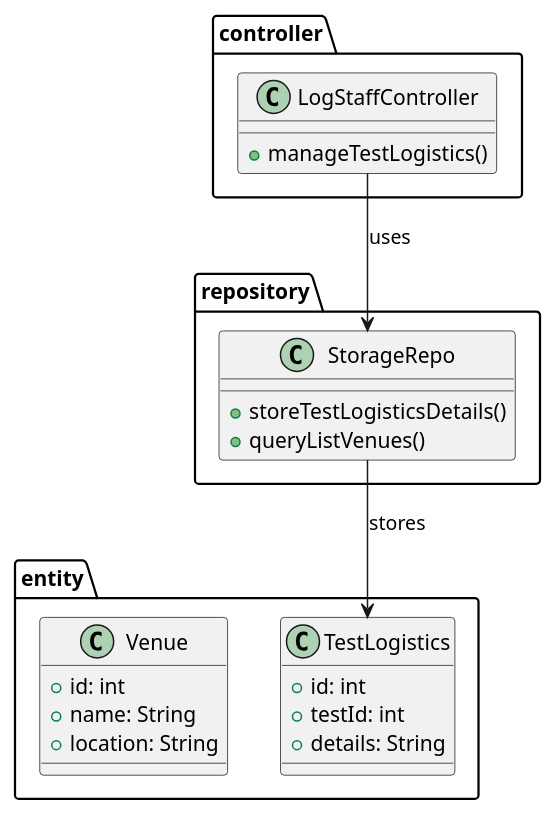
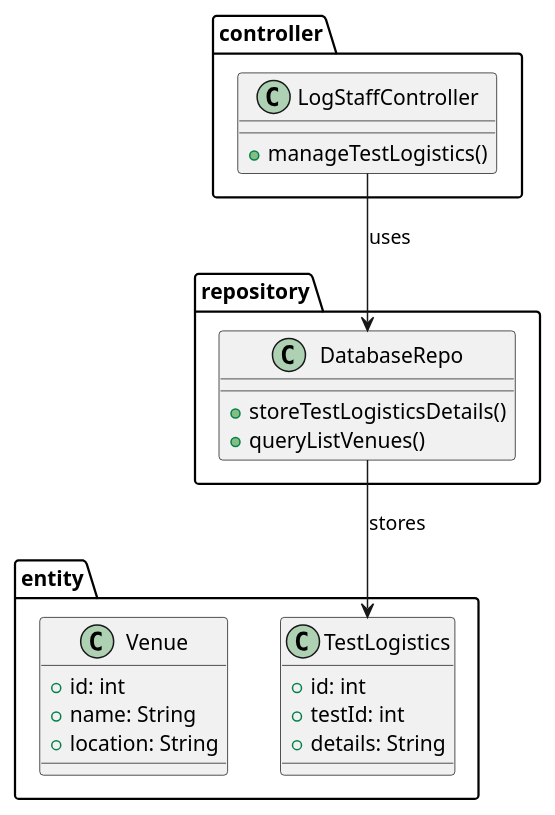
Before and after one commit to iamSlightlyWind/Legacy: the first of 2 diagrams in SWD392/class_diagrams/46_list_venue.puml, drawn with PlantUML. The commit also changed other lines of this file and 9 other files, not shown here.

```diff
--- a/SWD392/class_diagrams/46_list_venue.puml
+++ b/SWD392/class_diagrams/46_list_venue.puml
@@ -1,34 +1,34 @@
 @startuml
 package controller {
     class LogStaffController {
         +manageTestLogistics()
     }
 }
 
 package repository {
-    class StorageRepo {
+    class DatabaseRepo {
         +storeTestLogisticsDetails()
     }
 
-    class StorageRepo {
+    class DatabaseRepo {
         +queryListVenues()
     }
 }
 
 package entity {
     class TestLogistics {
         +id: int
         +testId: int
         +details: String
     }
 
     class Venue {
         +id: int
         +name: String
         +location: String
     }
 }
 
-LogStaffController --> StorageRepo : uses
-StorageRepo --> TestLogistics : stores
+LogStaffController --> DatabaseRepo : uses
+DatabaseRepo --> TestLogistics : stores
 @enduml
```
